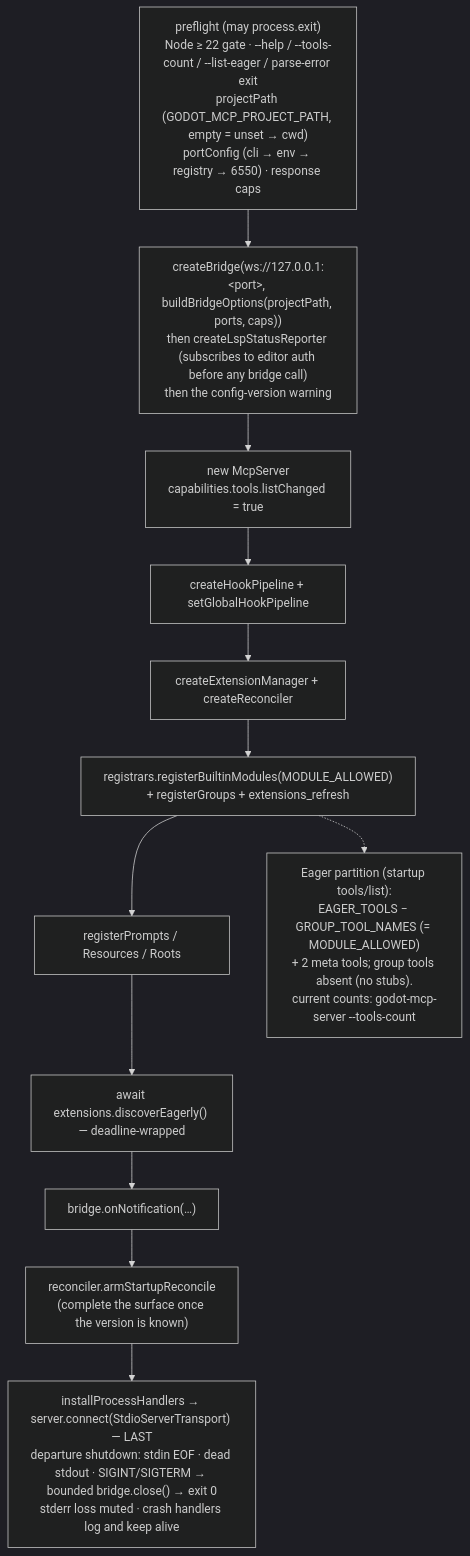
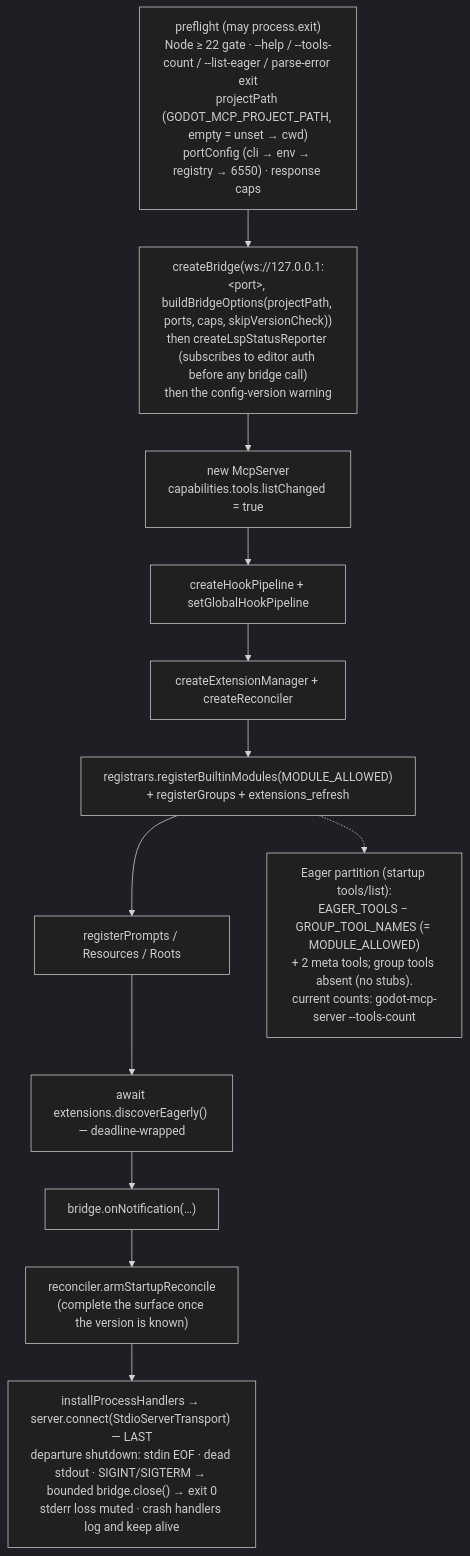
Before and after one commit to NPGameDev/godot-mcp-server: the third of 13 diagrams in docs/architecture/README.md, drawn with Mermaid (dark theme). The commit also changed other lines of this file, not shown here.

First line of the commit message:
docs(arch): re-attest the startup and handshake figures at the skip opt-out

````diff
--- a/docs/architecture/README.md
+++ b/docs/architecture/README.md
@@ -212,17 +212,17 @@
 ```mermaid
 flowchart TD
     pre["preflight (may process.exit)<br/>Node ≥ 22 gate · --help / --tools-count / --list-eager / parse-error exit<br/>projectPath (GODOT_MCP_PROJECT_PATH, empty = unset → cwd)<br/>portConfig (cli → env → registry → 6550) · response caps"]
-    bridge["createBridge(ws://127.0.0.1:&lt;port&gt;, buildBridgeOptions(projectPath, ports, caps))<br/>then createLspStatusReporter (subscribes to editor auth before any bridge call)<br/>then the config-version warning"]
+    bridge["createBridge(ws://127.0.0.1:&lt;port&gt;, buildBridgeOptions(projectPath, ports, caps, skipVersionCheck))<br/>then createLspStatusReporter (subscribes to editor auth before any bridge call)<br/>then the config-version warning"]
     srv["new McpServer<br/>capabilities.tools.listChanged = true"]
     hooks["createHookPipeline + setGlobalHookPipeline"]
     subsys["createExtensionManager + createReconciler"]
     reg["registrars.registerBuiltinModules(MODULE_ALLOWED)<br/>+ registerGroups + extensions_refresh"]
     mcpcap["registerPrompts / Resources / Roots"]
     eager["await extensions.discoverEagerly() — deadline-wrapped"]
     notif["bridge.onNotification(…)"]
     recon["reconciler.armStartupReconcile<br/>(complete the surface once the version is known)"]
     conn["installProcessHandlers → server.connect(StdioServerTransport) — LAST<br/>departure shutdown: stdin EOF · dead stdout · SIGINT/SIGTERM → bounded bridge.close() → exit 0<br/>stderr loss muted · crash handlers log and keep alive"]
     pre --> bridge --> srv --> hooks --> subsys --> reg --> mcpcap --> eager --> notif --> recon --> conn
     part["Eager partition (startup tools/list):<br/>EAGER_TOOLS − GROUP_TOOL_NAMES (= MODULE_ALLOWED)<br/>+ 2 meta tools; group tools absent (no stubs).<br/>current counts: godot-mcp-server --tools-count"]
     reg -.-> part
 ```
````
